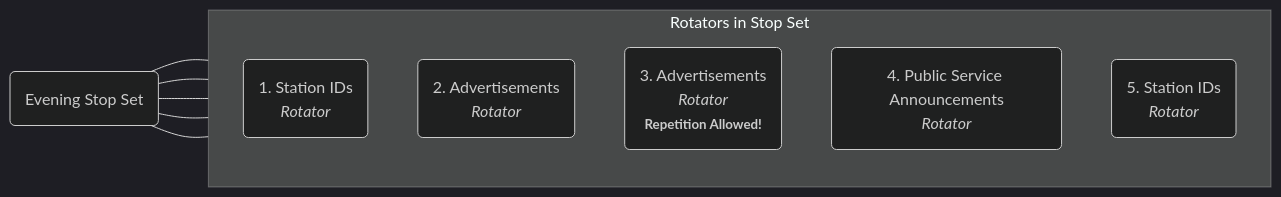
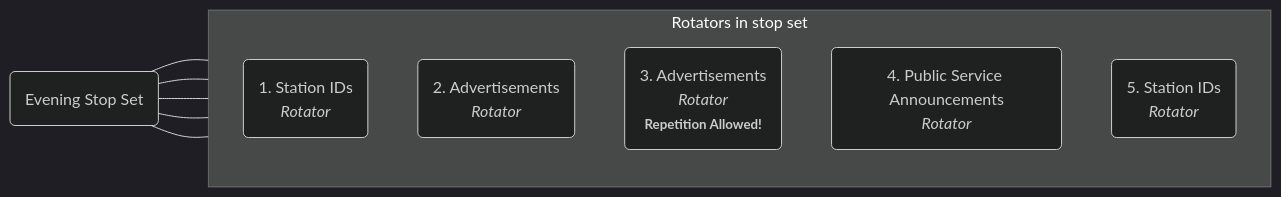
Before and after one commit to dtcooper/tomato: the second of 4 diagrams in docs/concepts.md, drawn with Mermaid (dark theme). The commit also changed other lines of this file, not shown here.

````diff
--- a/docs/concepts.md
+++ b/docs/concepts.md
@@ -77,17 +77,17 @@
     ```mermaid
     flowchart RL
         stopset(Evening Stop Set)
-        subgraph "Rotators in Stop Set"
+        subgraph "Rotators in stop set"
             direction TB
             rotator1(1. Station IDs\n<em>Rotator</em>)
             rotator2(2. Advertisements\n<em>Rotator</em>)
             rotator3(3. Advertisements\n<em>Rotator</em>\n<strong><small>Repetition Allowed!</small></strong>)
             rotator4(4. Public Service Announcements\n<em>Rotator</em>)
             rotator5(5. Station IDs\n<em>Rotator</em>)
         end
         rotator1 --- stopset
         rotator2 --- stopset
         rotator3 --- stopset
         rotator4 --- stopset
         rotator5 --- stopset
     ```
````
